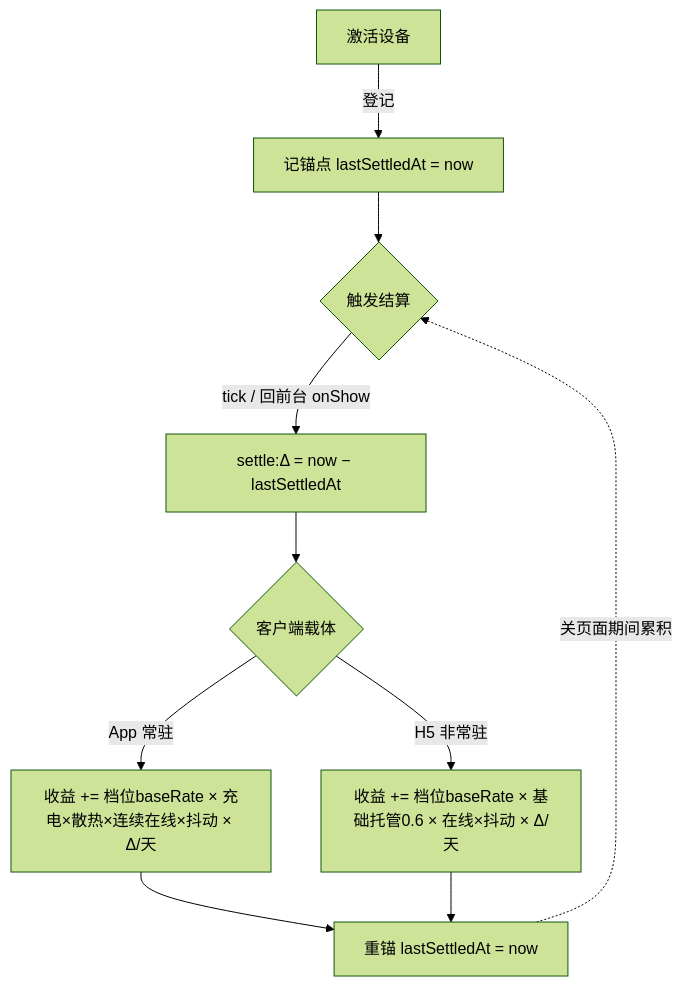
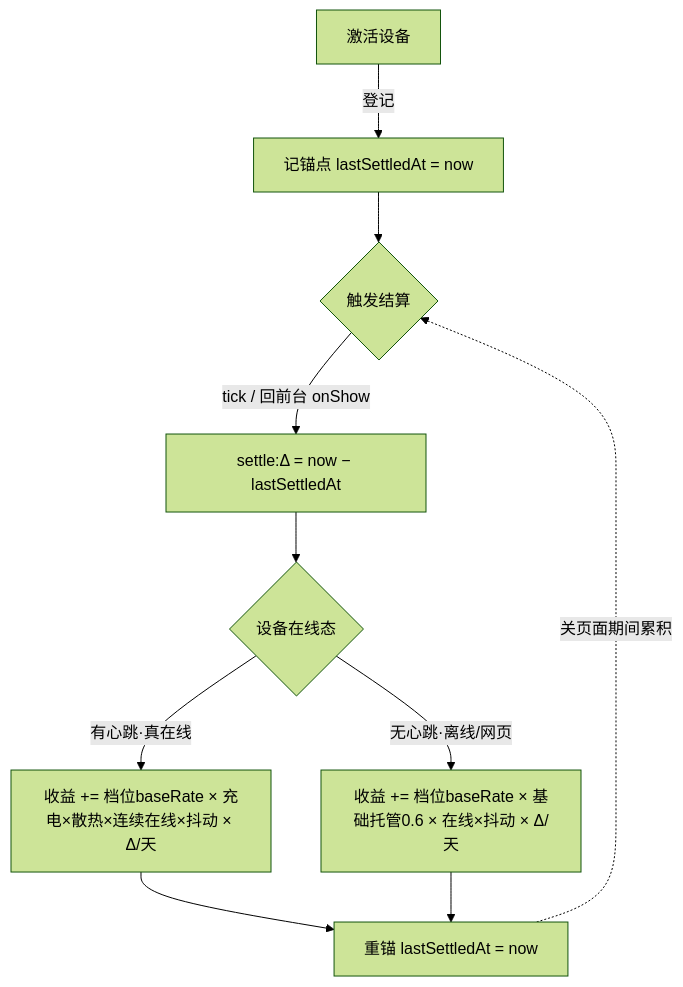
One commit to agentabatiuo572-byte/nexion-frontend-uniapp changed the sixth of 13 diagrams in PRD/Nexion_产品功能架构设计文档_v3.7.md. Above: the diagram before and after it, drawn with Mermaid (forest theme). The commit also changed other lines of this file and 15 other files, not shown here.

````diff
--- a/PRD/Nexion_产品功能架构设计文档_v3.7.md
+++ b/PRD/Nexion_产品功能架构设计文档_v3.7.md
@@ -1443,12 +1465,12 @@
 ```mermaid
 flowchart TD
   A[激活设备] -->|登记| B[记锚点 lastSettledAt = now]
   B --> C{触发结算}
   C -->|tick / 回前台 onShow| D["settle:Δ = now − lastSettledAt"]
-  D --> E{客户端载体}
-  E -->|App 常驻| F["收益 += 档位baseRate × 充电×散热×连续在线×抖动 × Δ/天"]
-  E -->|H5 非常驻| G["收益 += 档位baseRate × 基础托管0.6 × 在线×抖动 × Δ/天"]
+  D --> E{设备在线态}
+  E -->|有心跳·真在线| F["收益 += 档位baseRate × 充电×散热×连续在线×抖动 × Δ/天"]
+  E -->|无心跳·离线/网页| G["收益 += 档位baseRate × 基础托管0.6 × 在线×抖动 × Δ/天"]
   F --> H[重锚 lastSettledAt = now]
   G --> H
   H -. 关页面期间累积 .-> C
 ```
````
